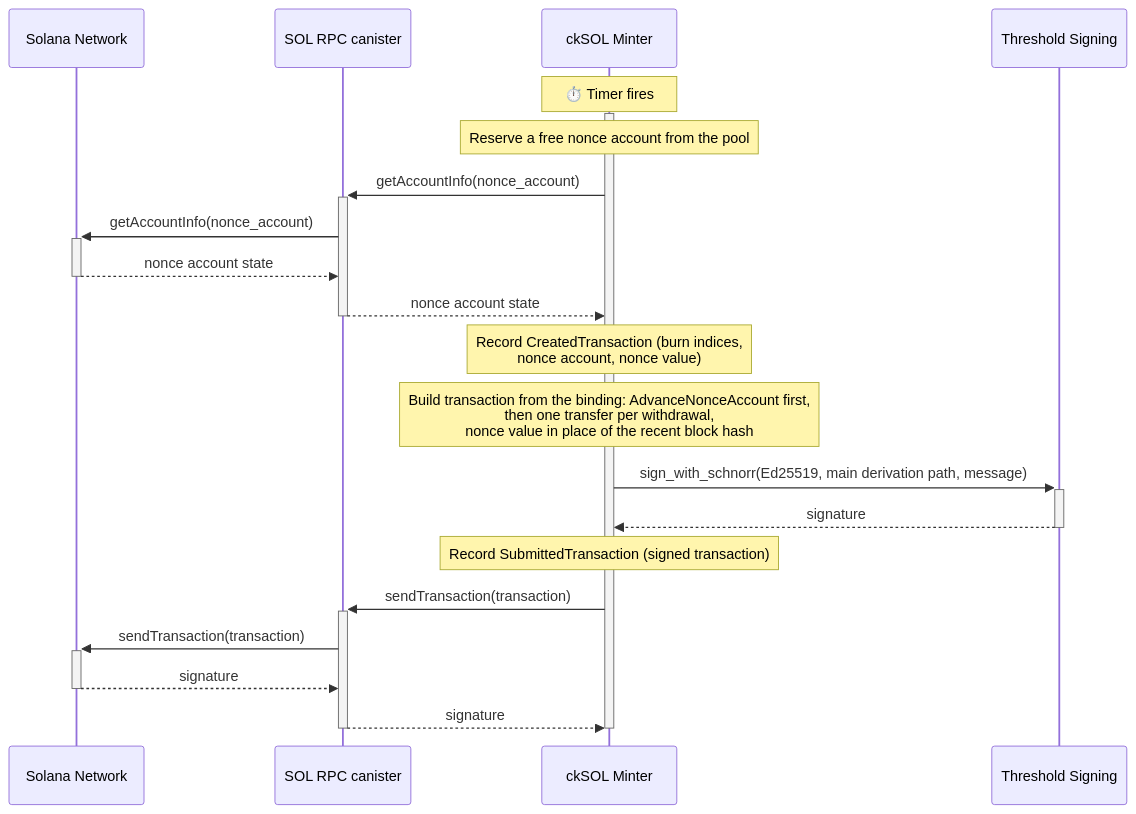
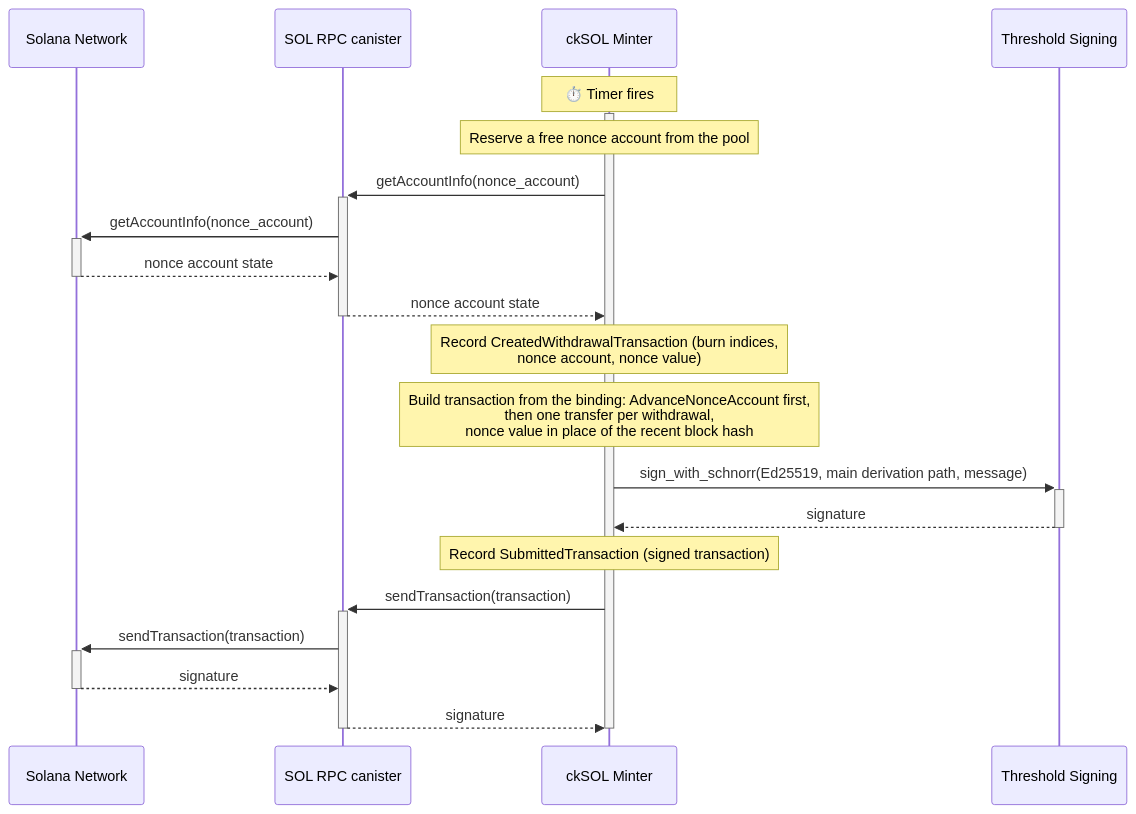
The sixth of 8 diagrams in docs/design.md (dfinity/cksol), drawn with Mermaid before and after one commit. The commit also changed other lines of this file and 8 other files, not shown here.

Commit message:
refactor(minter)!: rename CreatedTransaction to CreatedWithdrawalTransaction

````diff
--- a/docs/design.md
+++ b/docs/design.md
@@ -536,25 +536,25 @@
 ```mermaid
 sequenceDiagram
     participant Solana as Solana Network
     participant RPC as SOL RPC canister
     participant Minter as ckSOL Minter
     participant Signer as Threshold Signing
 
     Note over Minter: ⏱️ Timer fires
     activate Minter
     Note over Minter: Reserve a free nonce account from the pool
     Minter->>+RPC: getAccountInfo(nonce_account)
     RPC->>+Solana: getAccountInfo(nonce_account)
     Solana-->>-RPC: nonce account state
     RPC-->>-Minter: nonce account state
-    Note over Minter: Record CreatedTransaction (burn indices,<br/>nonce account, nonce value)
+    Note over Minter: Record CreatedWithdrawalTransaction (burn indices,<br/>nonce account, nonce value)
     Note over Minter: Build transaction from the binding: AdvanceNonceAccount first,<br/>then one transfer per withdrawal,<br/>nonce value in place of the recent block hash
     Minter->>+Signer: sign_with_schnorr(Ed25519, main derivation path, message)
     Signer-->>-Minter: signature
     Note over Minter: Record SubmittedTransaction (signed transaction)
     Minter->>+RPC: sendTransaction(transaction)
     RPC->>+Solana: sendTransaction(transaction)
     Solana-->>-RPC: signature
     RPC-->>-Minter: signature
     deactivate Minter
 ```
````
